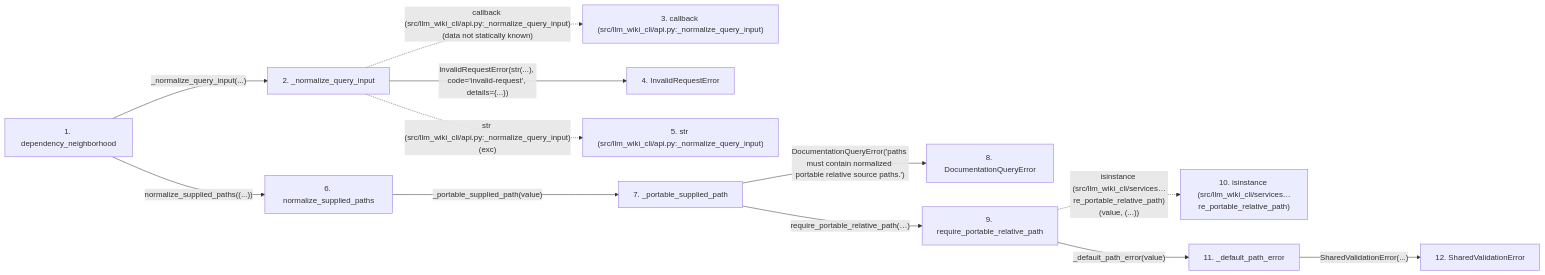
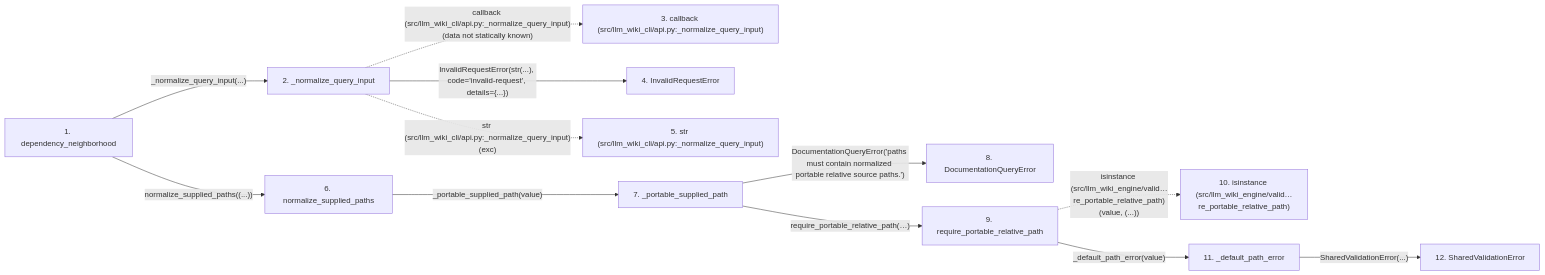
One commit to Denissvgn/python-wiki-llm changed the second of 2 diagrams in docs/llm_wiki/flows/api-dependency_neighborhood.md. Above: the diagram before and after it, drawn with Mermaid. The commit also changed other lines of this file and 1103 other files, not shown here.

First line of the commit message:
docs: refresh the wiki for the llm-wiki-engine distribution

````diff
--- a/docs/llm_wiki/flows/api-dependency_neighborhood.md
+++ b/docs/llm_wiki/flows/api-dependency_neighborhood.md
@@ -160,35 +160,35 @@
 ```mermaid
 flowchart LR
     s1["1. dependency_neighborhood"]
     s2["2. _normalize_query_input"]
     s3["3. callback (src/llm_wiki_cli/api.py:_normalize_query_input)"]
     s4["4. InvalidRequestError"]
     s5["5. str (src/llm_wiki_cli/api.py:_normalize_query_input)"]
     s6["6. normalize_supplied_paths"]
     s7["7. _portable_supplied_path"]
     s8["8. DocumentationQueryError"]
     s9["9. require_portable_relative_path"]
-    s10["10. isinstance (src/llm_wiki_cli/services…re_portable_relative_path)"]
+    s10["10. isinstance (src/llm_wiki_engine/valid…re_portable_relative_path)"]
     s11["11. _default_path_error"]
     s12["12. SharedValidationError"]
     s1 -->|"_normalize_query_input(...)"| s2
     s2 -. "callback (src/llm_wiki_cli/api.py:_normalize_query_input)(data not statically known)" .-> s3
     s2 -->|"InvalidRequestError(str(...), code='invalid-request', details={...})"| s4
     s2 -. "str (src/llm_wiki_cli/api.py:_normalize_query_input)(exc)" .-> s5
     s1 -->|"normalize_supplied_paths((...))"| s6
     s6 -->|"_portable_supplied_path(value)"| s7
     s7 -->|"DocumentationQueryError('paths must contain normalized portable relative source paths.')"| s8
     s7 -->|"require_portable_relative_path(…)"| s9
-    s9 -. "isinstance (src/llm_wiki_cli/services…re_portable_relative_path)(value, (...))" .-> s10
+    s9 -. "isinstance (src/llm_wiki_engine/valid…re_portable_relative_path)(value, (...))" .-> s10
     s9 -->|"_default_path_error(value)"| s11
     s11 -->|"SharedValidationError(...)"| s12
     click s1 "../modules/api.md"
     click s2 "../modules/api.md"
     click s4 "../modules/api.md"
     click s6 "../modules/documentation_query_builder.md"
     click s7 "../modules/documentation_query_builder.md"
     click s8 "../modules/documentation_queries.md"
     click s9 "../modules/validation.md"
     click s11 "../modules/validation.md"
     click s12 "../modules/validation.md"
 ```
````
